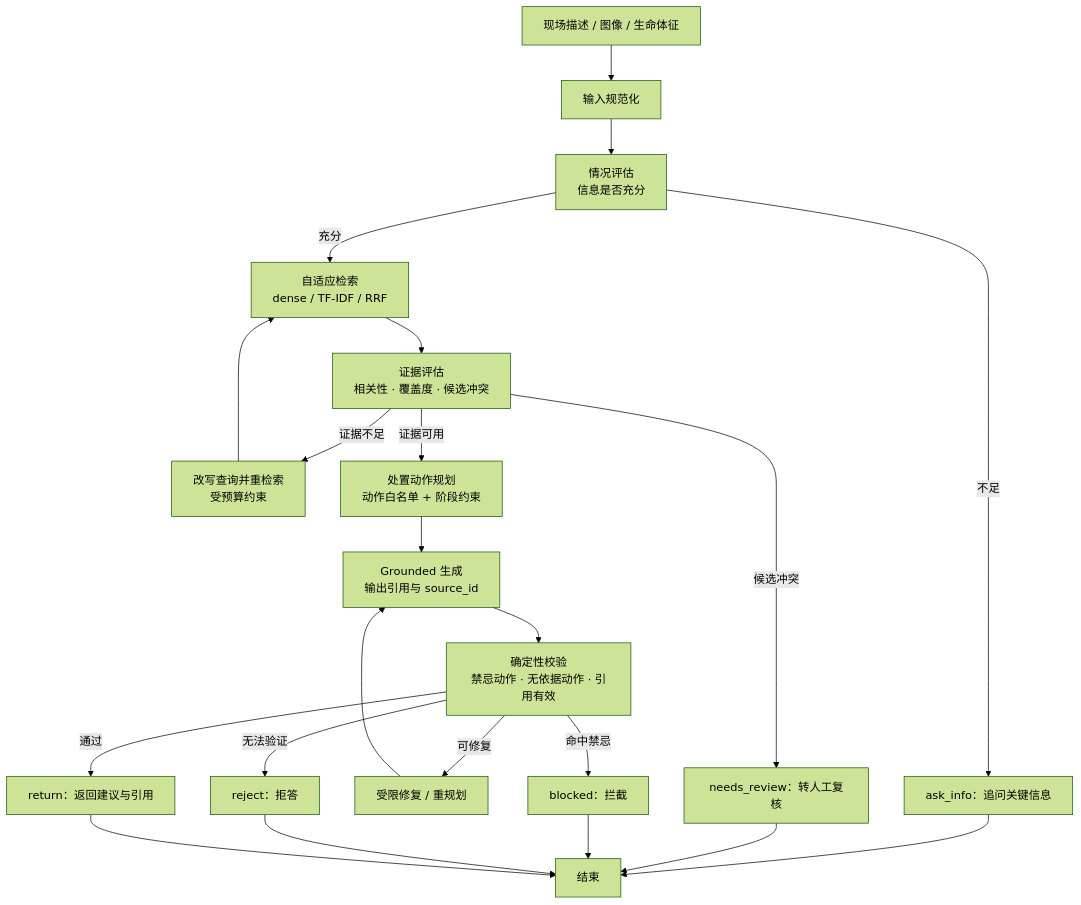
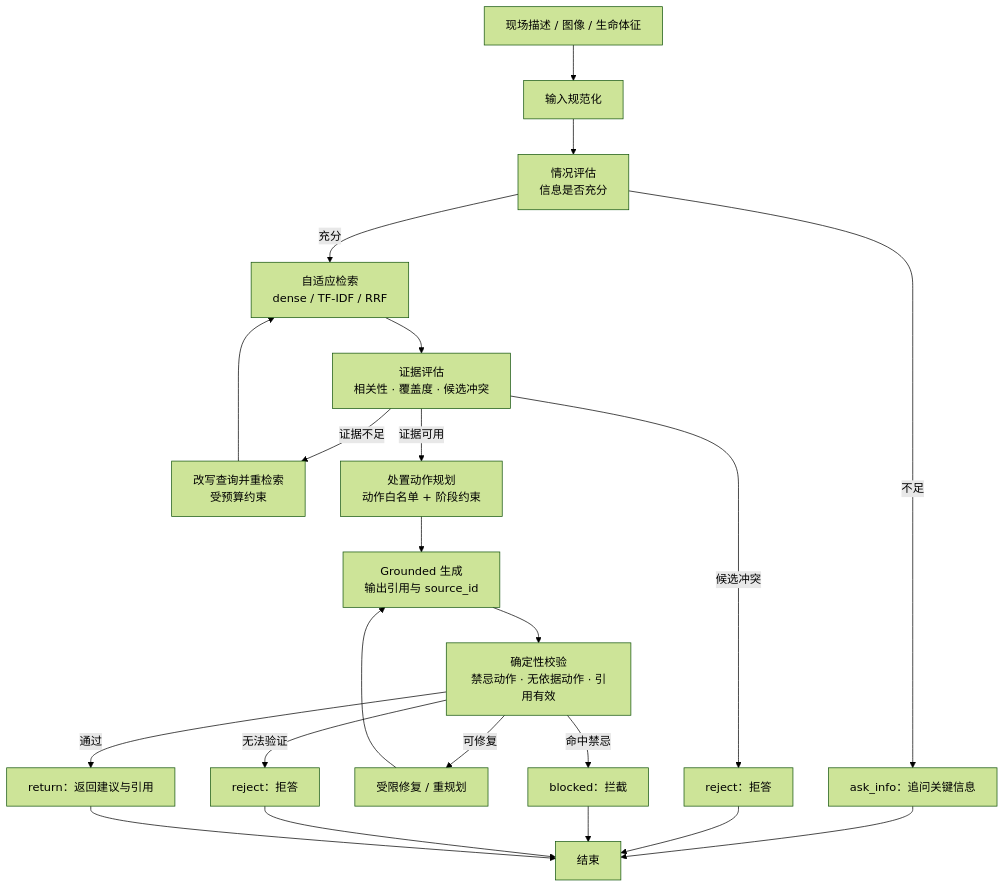
One commit to zgl10008/triage-decision-support changed the diagram in docs/agentic-flow.mmd. Above: the diagram before and after it, drawn with Mermaid (forest theme). The commit also changed 4 other files, not shown here.

First line of the commit message:
docs: 更新系统架构图并统一决策输出口径

```diff
--- a/docs/agentic-flow.mmd
+++ b/docs/agentic-flow.mmd
@@ -1,22 +1,22 @@
 flowchart TD
     A["现场描述 / 图像 / 生命体征"] --> B["输入规范化"]
     B --> C["情况评估<br/>信息是否充分"]
     C -->|"不足"| D["ask_info：追问关键信息"]
     C -->|"充分"| E["自适应检索<br/>dense / TF-IDF / RRF"]
     E --> F["证据评估<br/>相关性 · 覆盖度 · 候选冲突"]
     F -->|"证据不足"| G["改写查询并重检索<br/>受预算约束"]
     G --> E
-    F -->|"候选冲突"| H["needs_review：转人工复核"]
+    F -->|"候选冲突"| H["reject：拒答"]
     F -->|"证据可用"| I["处置动作规划<br/>动作白名单 + 阶段约束"]
     I --> J["Grounded 生成<br/>输出引用与 source_id"]
     J --> K["确定性校验<br/>禁忌动作 · 无依据动作 · 引用有效"]
     K -->|"可修复"| L["受限修复 / 重规划"]
     L --> J
     K -->|"命中禁忌"| M["blocked：拦截"]
     K -->|"无法验证"| N["reject：拒答"]
     K -->|"通过"| O["return：返回建议与引用"]
     D --> P["结束"]
     H --> P
     M --> P
     N --> P
     O --> P
```
